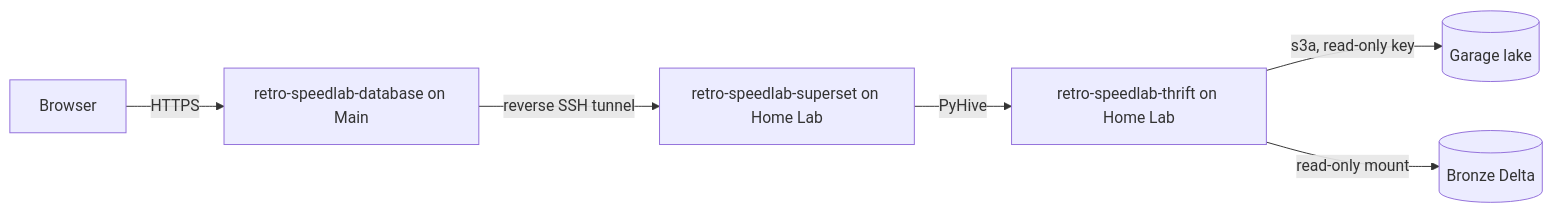
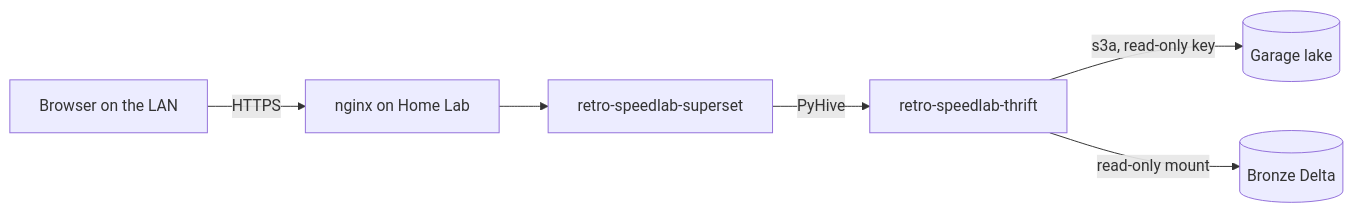
The second of 2 diagrams in README.md (RetroSpeedLab/retro-speedlab-lakehouse), drawn with Mermaid before and after one commit. The commit also changed other lines of this file and 6 other files, not shown here.

First line of the commit message:
feat(tools)!: Listmonk is removed, Main answers unknown names with nothing, and the LAN setup is safe to rerun

````diff
--- a/README.md
+++ b/README.md
@@ -202,8 +201,8 @@
 ```mermaid
 flowchart LR
-    browser[Browser] -->|HTTPS| proxy[retro-speedlab-database on Main]
-    proxy -->|reverse SSH tunnel| superset[retro-speedlab-superset on Home Lab]
-    superset -->|PyHive| thrift[retro-speedlab-thrift on Home Lab]
+    browser[Browser on the LAN] -->|HTTPS| nginx[nginx on Home Lab]
+    nginx --> superset[retro-speedlab-superset]
+    superset -->|PyHive| thrift[retro-speedlab-thrift]
     thrift -->|s3a, read-only key| lake[(Garage lake)]
     thrift -->|read-only mount| bronze[(Bronze Delta)]
 ```
````
